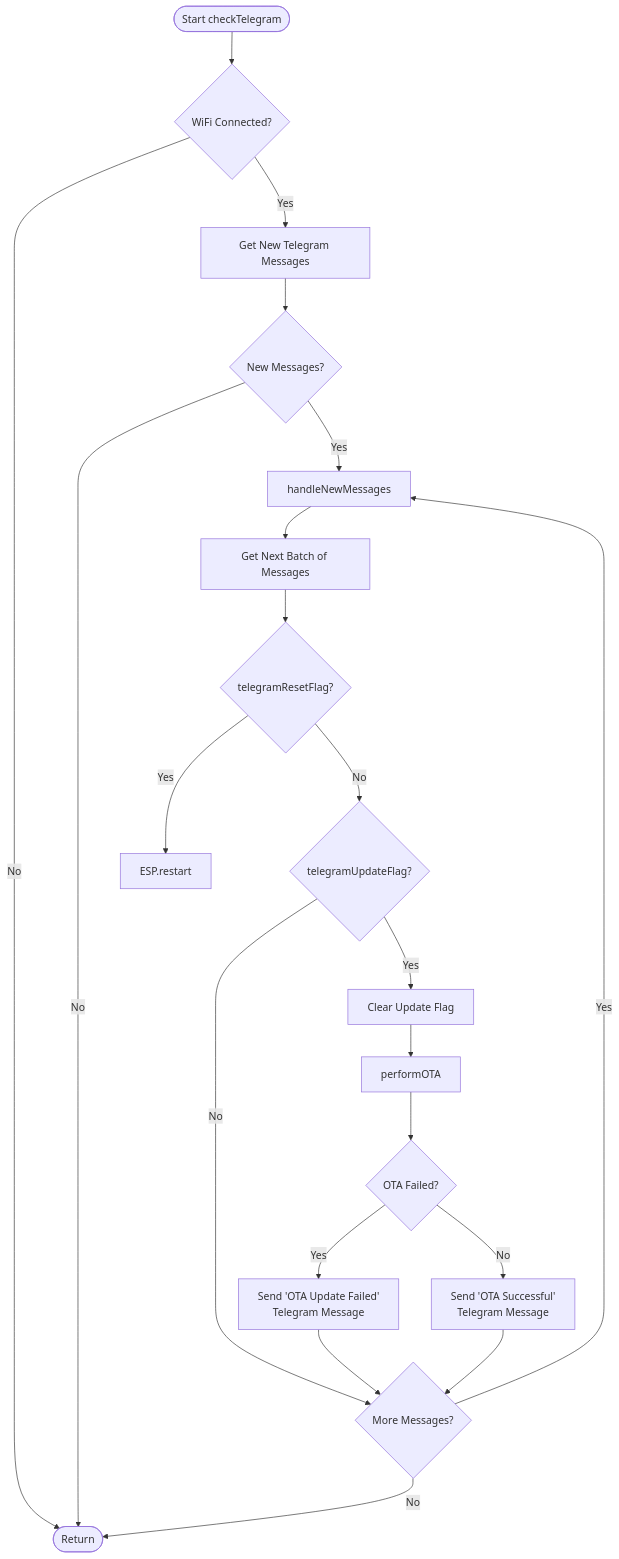
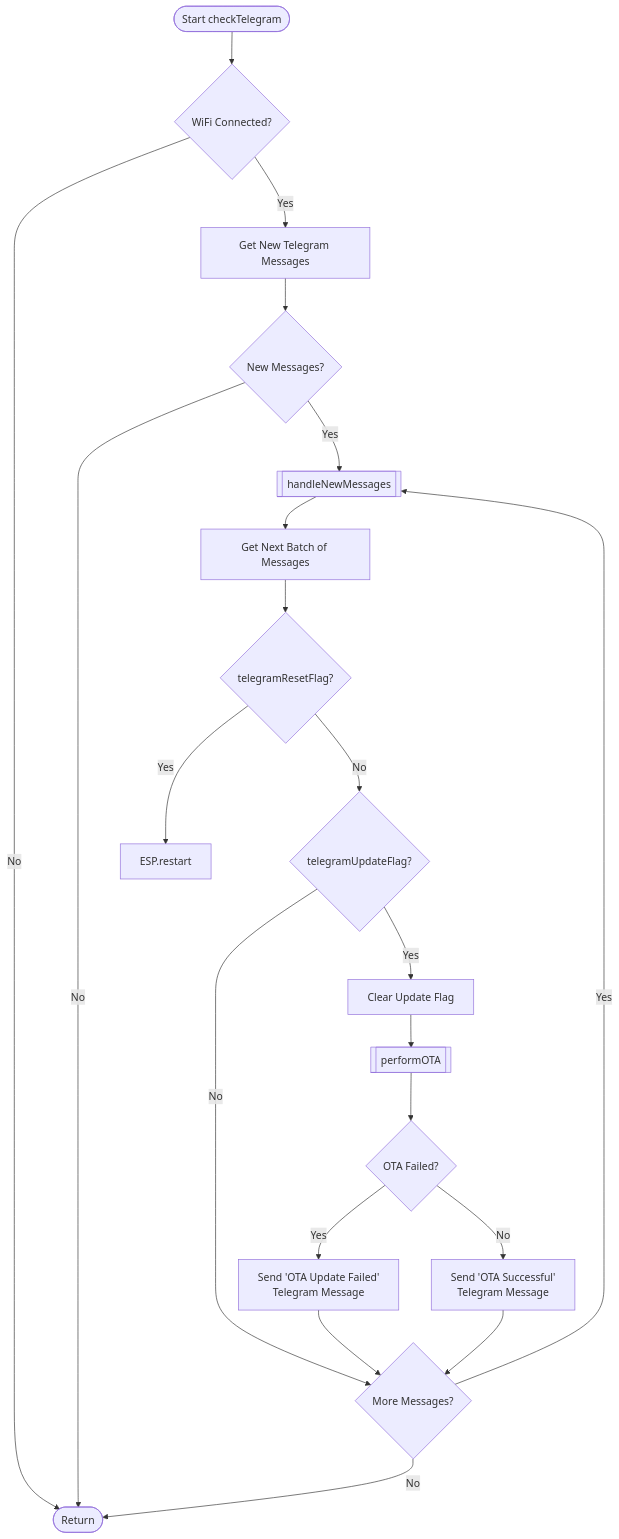
Before and after one commit to GilboaCode/Gilboa_Water_Temp: the diagram in Documentation/FlowChart/Mermaid/Receiver/CheckTelegram.mmd, drawn with Mermaid.

Commit message:
Update node formatting in CheckTelegram.mmd

```diff
--- a/Documentation/FlowChart/Mermaid/Receiver/CheckTelegram.mmd
+++ b/Documentation/FlowChart/Mermaid/Receiver/CheckTelegram.mmd
@@ -1,40 +1,40 @@
 flowchart TD
     A([Start checkTelegram])
 
     A --> B{WiFi Connected?}
 
     B -- No --> C([Return])
 
     B -- Yes --> D[Get New Telegram Messages]
 
     D --> E{New Messages?}
 
     E -- No --> C
 
-    E -- Yes --> F[handleNewMessages]
+    E -- Yes --> F[[handleNewMessages]]
 
     F --> G[Get Next Batch of Messages]
 
     G --> H{telegramResetFlag?}
 
     H -- Yes --> I[ESP.restart]
 
     H -- No --> J{telegramUpdateFlag?}
 
     J -- No --> K{More Messages?}
 
     J -- Yes --> L[Clear Update Flag]
 
-    L --> M[performOTA]
+    L --> M[[performOTA]]
 
     M --> N{OTA Failed?}
 
     N -- Yes --> O[Send 'OTA Update Failed'<br/>Telegram Message]
 
     N -- No --> P[Send 'OTA Successful'<br/>Telegram Message]
 
     O --> K
     P --> K
 
     K -- Yes --> F
     K -- No --> C
```
